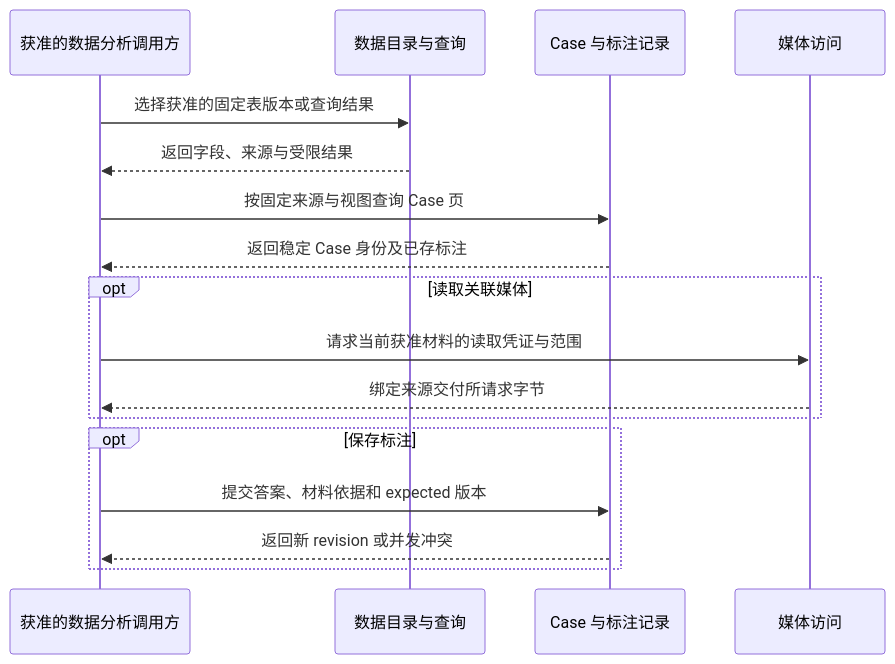
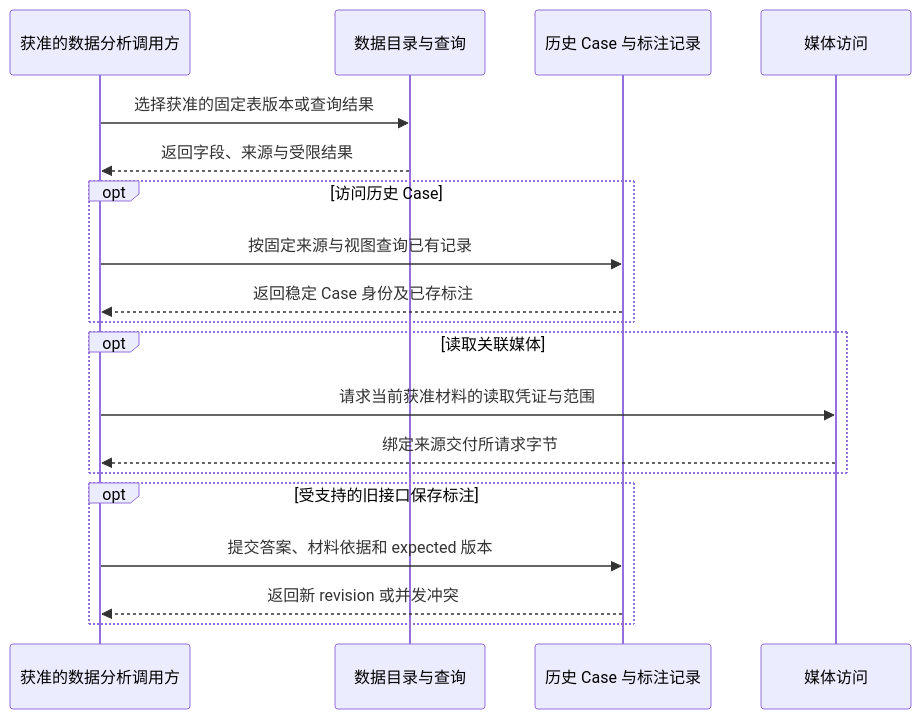
Before and after one commit to vincent9299/demiflow: diagram 11 of 14 in docs/demiflow-architecture.md, drawn with Mermaid. The commit also changed other lines of this file, not shown here.

Commit message:
Clarify architecture boundaries from confirmed development intent

````diff
--- a/docs/demiflow-architecture.md
+++ b/docs/demiflow-architecture.md
@@ -406,19 +449,21 @@
 ```mermaid
 sequenceDiagram
     participant U as 获准的数据分析调用方
     participant D as 数据目录与查询
-    participant C as Case 与标注记录
+    participant C as 历史 Case 与标注记录
     participant M as 媒体访问
     U->>D: 选择获准的固定表版本或查询结果
     D-->>U: 返回字段、来源与受限结果
-    U->>C: 按固定来源与视图查询 Case 页
-    C-->>U: 返回稳定 Case 身份及已存标注
+    opt 访问历史 Case
+        U->>C: 按固定来源与视图查询已有记录
+        C-->>U: 返回稳定 Case 身份及已存标注
+    end
     opt 读取关联媒体
         U->>M: 请求当前获准材料的读取凭证与范围
         M-->>U: 绑定来源交付所请求字节
     end
-    opt 保存标注
+    opt 受支持的旧接口保存标注
         U->>C: 提交答案、材料依据和 expected 版本
         C-->>U: 返回新 revision 或并发冲突
     end
 ```
````
